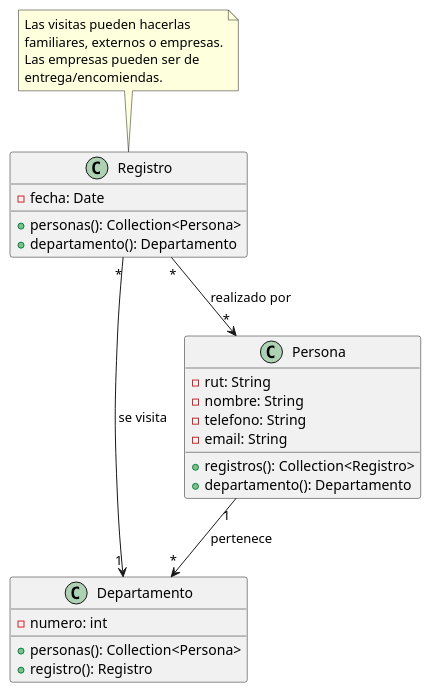
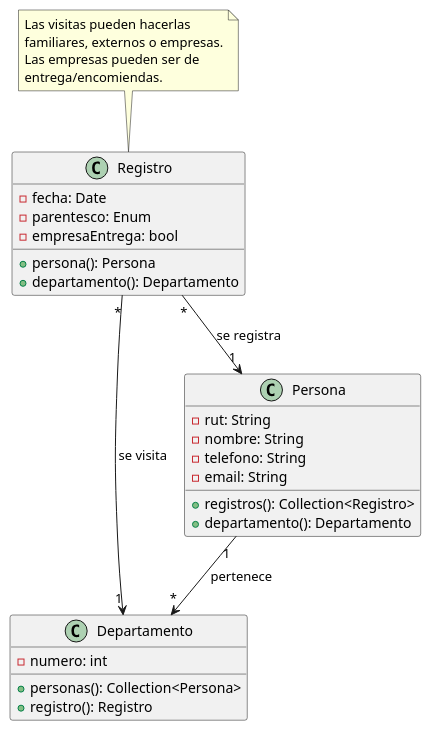
Before and after one commit to IgnacioNMiranda/concierge: the diagram in backendweb/diagrama.clases.md, drawn with PlantUML. The commit also changed 1 other file, not shown here.

Commit message:
docs: updates on class diagram and domain model.

```diff
--- a/backendweb/diagrama.clases.md
+++ b/backendweb/diagrama.clases.md
@@ -3,28 +3,30 @@
 @startuml
 class Departamento {
     -numero: int
     +personas(): Collection<Persona>
     +registro(): Registro
 }
 
 class Persona {
     -rut: String
     -nombre: String
     -telefono: String
     -email: String
     +registros(): Collection<Registro>
     +departamento(): Departamento
 }
 
 class Registro {
     -fecha: Date
-    +personas(): Collection<Persona>
+    -parentesco: Enum
+    -empresaEntrega: bool
+    +persona(): Persona
     +departamento(): Departamento
 }
 
 note top of Registro : Las visitas pueden hacerlas\nfamiliares, externos o empresas.\nLas empresas pueden ser de \nentrega/encomiendas.
 
 Persona "1" --> "*" Departamento : pertenece
 Registro "*" --> "1" Departamento : se visita
-Registro "*" --> "*" Persona : realizado por 
+Registro "*" --> "1" Persona : se registra
 @enduml
```
